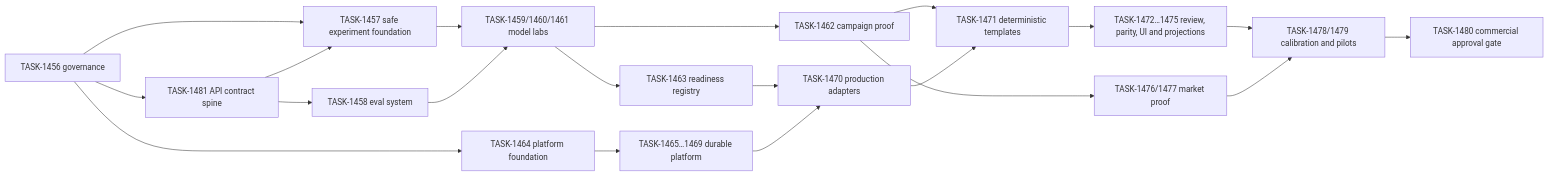
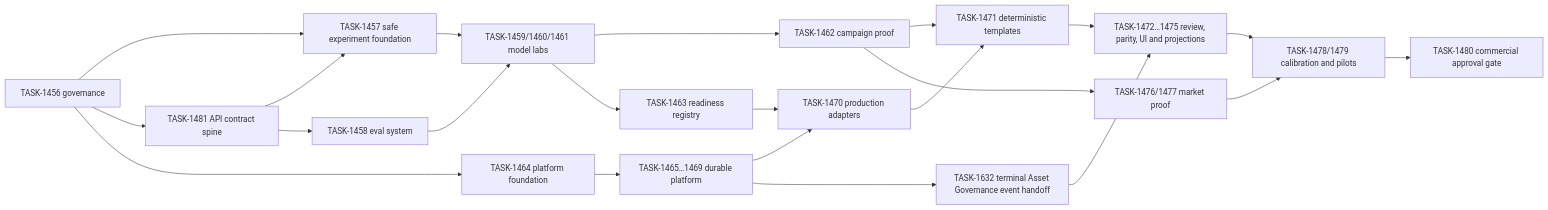
One commit to efeoncepro/greenhouse-eo changed the diagram in docs/operations/creative-studio/EPIC_028_PARALLEL_EXECUTION_PLAN_V1.md. Above: the diagram before and after it, drawn with Mermaid. The commit also changed other lines of this file and 6 other files, not shown here.

Commit message:
docs(task): define asset governance event handoff

````diff
--- a/docs/operations/creative-studio/EPIC_028_PARALLEL_EXECUTION_PLAN_V1.md
+++ b/docs/operations/creative-studio/EPIC_028_PARALLEL_EXECUTION_PLAN_V1.md
@@ -38,22 +38,24 @@
 ```mermaid
 flowchart LR
   G["TASK-1456 governance"] --> S["TASK-1457 safe experiment foundation"]
   G --> A["TASK-1481 API contract spine"]
   A --> S
   A --> E["TASK-1458 eval system"]
   G --> P["TASK-1464 platform foundation"]
   S --> M["TASK-1459/1460/1461 model labs"]
   E --> M
   M --> C["TASK-1462 campaign proof"]
   M --> R["TASK-1463 readiness registry"]
   P --> D["TASK-1465…1469 durable platform"]
   R --> X["TASK-1470 production adapters"]
   D --> X
   C --> T["TASK-1471 deterministic templates"]
   X --> T
   T --> V["TASK-1472…1475 review, parity, UI and projections"]
+  D --> AG["TASK-1632 terminal Asset Governance event handoff"]
+  AG --> V
   C --> O["TASK-1476/1477 market proof"]
   V --> K["TASK-1478/1479 calibration and pilots"]
   O --> K
   K --> Z["TASK-1480 commercial approval gate"]
 ```
````
